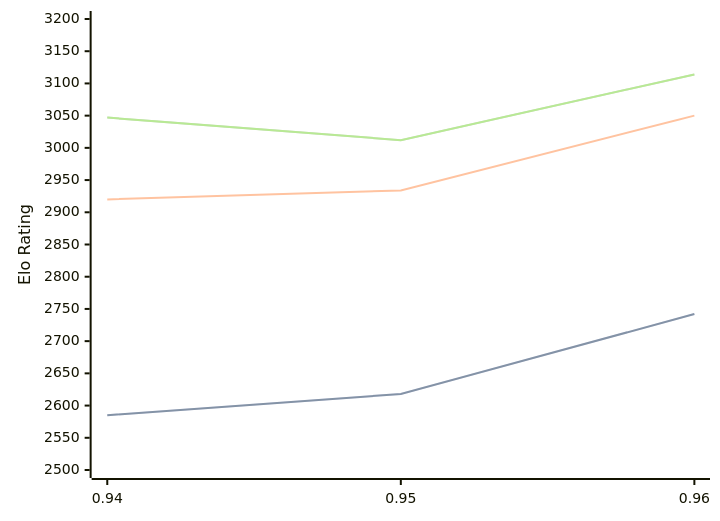
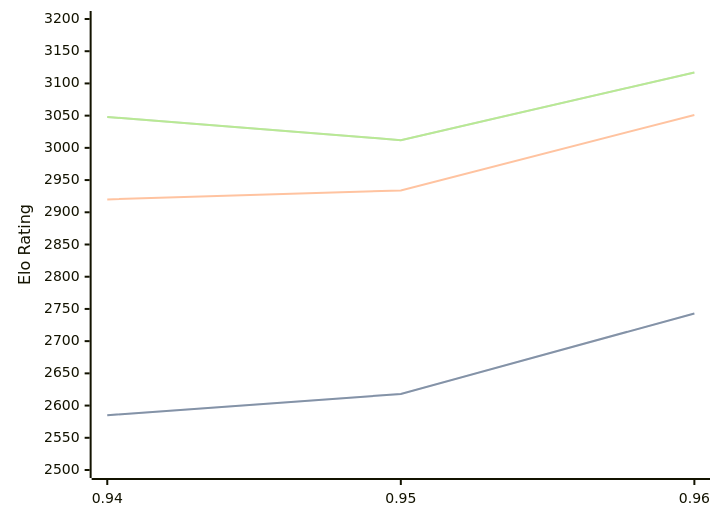
One commit to computer-chess-index/cci changed the diagram in engines/Myrddin.md. Above: the diagram before and after it, drawn with Mermaid. The commit also changed other lines of this file, not shown here.

Commit message:
Update CCI Ratings (ELO VLTC) - 2026-07-31

````diff
--- a/engines/Myrddin.md
+++ b/engines/Myrddin.md
@@ -38,11 +38,11 @@
 ```mermaid
 %%{init: {"theme":"base","themeVariables":{"seriesColors:['#a3a3a3','#222221','#faa371']}}}%%
 xychart-beta
   x-axis ["0.94", "0.95", "0.96"]
   y-axis "Elo Rating" 2500 --> 3200
-  line "STC (8.0+0.08s)" [2585, 2618, 2742]
-  line "STC (8.0+0.08s)" [2585, 2618, 2742]
-  line "LTC (60.0+0.60s)" [2920, 2934, 3050]
-  line "VLTC (2m24s+1.12s)" [3047, 3012, 3114]
-  line "VLTC (2m24s+1.12s)" [3047, 3012, 3114]
+  line "STC (8.0+0.08s)" [2585, 2618, 2743]
+  line "STC (8.0+0.08s)" [2585, 2618, 2743]
+  line "LTC (60.0+0.60s)" [2920, 2934, 3051]
+  line "VLTC (2m24s+1.12s)" [3048, 3012, 3117]
+  line "VLTC (2m24s+1.12s)" [3048, 3012, 3117]
 ```
````
